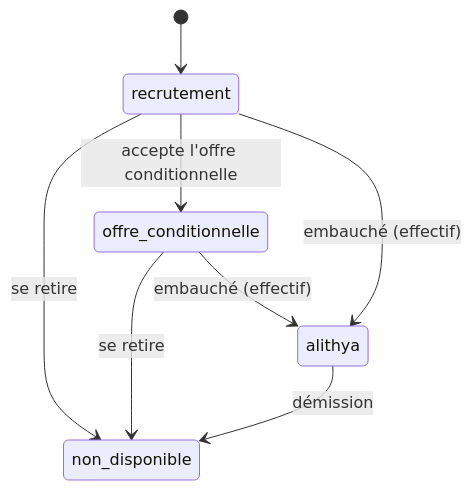
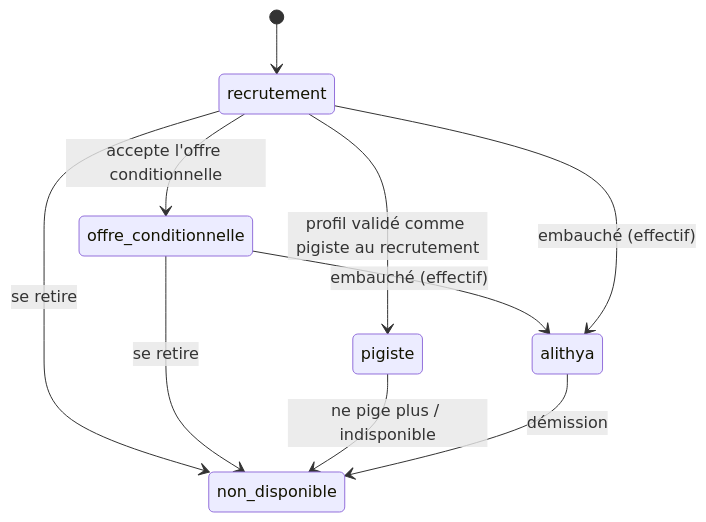
Before and after one commit to Gsyltc/homelab-portfolio: the diagram in plugins/rh-assistant/skills/cv-analyse/SKILL.md, drawn with Mermaid. The commit also changed other lines of this file and 10 other files, not shown here.

````diff
--- a/plugins/rh-assistant/skills/cv-analyse/SKILL.md
+++ b/plugins/rh-assistant/skills/cv-analyse/SKILL.md
@@ -176,10 +182,12 @@
     ```mermaid
     stateDiagram-v2
         [*] --> recrutement
         recrutement --> offre_conditionnelle: accepte l'offre conditionnelle
+        recrutement --> pigiste: profil validé comme pigiste au recrutement
         offre_conditionnelle --> alithya: embauché (effectif)
         recrutement --> alithya: embauché (effectif)
         recrutement --> non_disponible: se retire
         offre_conditionnelle --> non_disponible: se retire
+        pigiste --> non_disponible: ne pige plus / indisponible
         alithya --> non_disponible: démission
     ```
````
